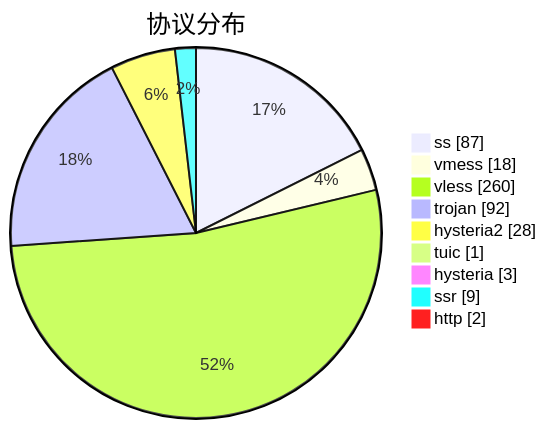
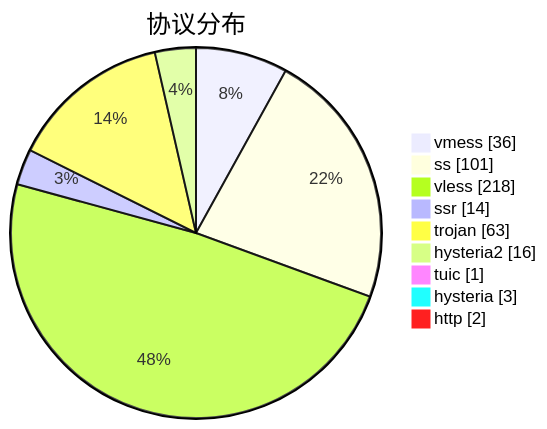
Before and after one commit to sinspired/airport: the third of 3 diagrams in subs/statistics/tested_within.md, drawn with Mermaid. The commit also changed other lines of this file and 2 other files, not shown here.

````diff
--- a/subs/statistics/tested_within.md
+++ b/subs/statistics/tested_within.md
@@ -59,13 +65,13 @@
 ```mermaid
 pie showData
 title 协议分布
-"ss" : 87
-"vmess" : 18
-"vless" : 260
-"trojan" : 92
-"hysteria2" : 28
+"vmess" : 36
+"ss" : 101
+"vless" : 218
+"ssr" : 14
+"trojan" : 63
+"hysteria2" : 16
 "tuic" : 1
 "hysteria" : 3
-"ssr" : 9
 "http" : 2
 ```
````
